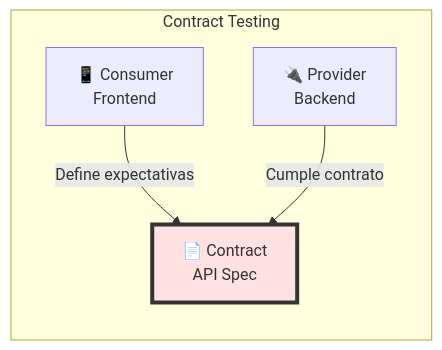
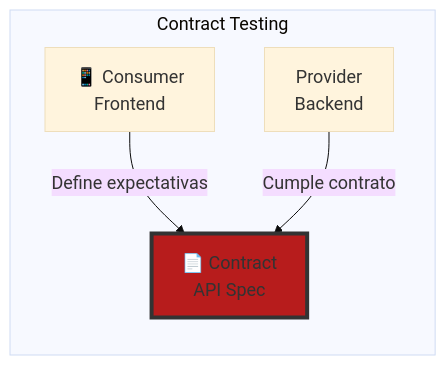
One commit to Ai-Whisperers/Courses-Content changed the fifth of 7 diagrams in courses/🟡-development/FPUNA-2026/01-DESARROLLO-SOFTWARE/especializaciones/qa-automation/02-pruebas-api.md. Above: the diagram before and after it, drawn with Mermaid. The commit also changed other lines of this file and 47 other files, not shown here.

First line of the commit message:
fix: Make all 473 diagrams WCAG AAA accessible (FPUNA-2026)

````diff
--- a/courses/🟡-development/FPUNA-2026/01-DESARROLLO-SOFTWARE/especializaciones/qa-automation/02-pruebas-api.md
+++ b/courses/🟡-development/FPUNA-2026/01-DESARROLLO-SOFTWARE/especializaciones/qa-automation/02-pruebas-api.md
@@ -650,13 +654,14 @@
 ```mermaid
+%%{init: {'theme':'base', 'themeVariables': {'fontSize':'18px'}}}%%
 graph LR
     subgraph "Contract Testing"
         A[📱 Consumer<br/>Frontend]
         B[📄 Contract<br/>API Spec]
-        C[🔌 Provider<br/>Backend]
+        C[Provider<br/>Backend]
         
         A -->|Define expectativas| B
         C -->|Cumple contrato| B
     end
     
-    style B fill:#FFE1E1,stroke:#333,stroke-width:4px
+    style B fill:#b71c1c,stroke:#333,stroke-width:4px
 ```
````
